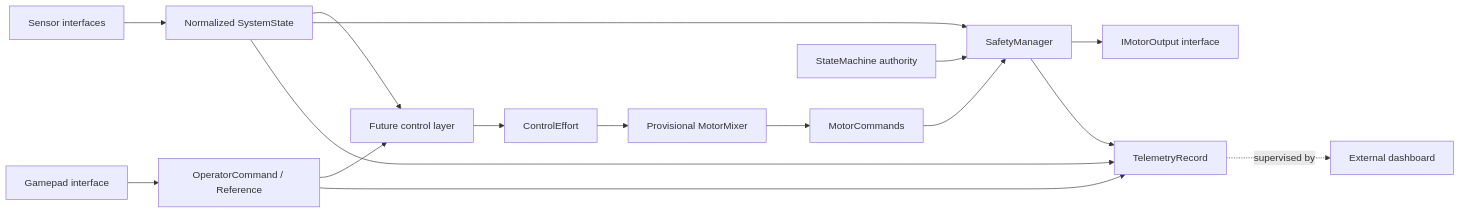
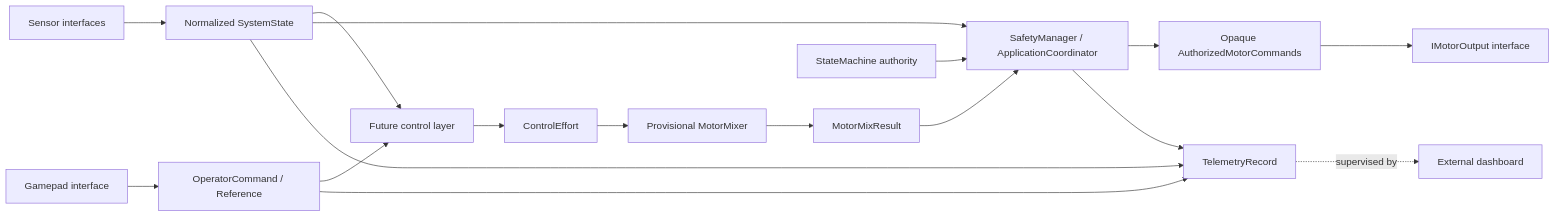
The diagram in docs/architecture/firmware-architecture.md (Leo-Rizo/rail-drone-control), drawn with Mermaid before and after one commit. The commit also changed other lines of this file and 16 other files, not shown here.

````diff
--- a/docs/architecture/firmware-architecture.md
+++ b/docs/architecture/firmware-architecture.md
@@ -26,18 +27,19 @@
 ```mermaid
 flowchart LR
   Sensors[Sensor interfaces] --> State[Normalized SystemState]
   Gamepad[Gamepad interface] --> Reference[OperatorCommand / Reference]
   State --> Control[Future control layer]
   Reference --> Control
   Control --> Effort[ControlEffort]
   Effort --> Mixer[Provisional MotorMixer]
-  Mixer --> Requested[MotorCommands]
-  Requested --> Safety[SafetyManager]
+  Mixer --> Requested[MotorMixResult]
+  Requested --> Safety[SafetyManager / ApplicationCoordinator]
   State --> Safety
   Mode[StateMachine authority] --> Safety
-  Safety --> Actuator[IMotorOutput interface]
+  Safety --> Authorized[Opaque AuthorizedMotorCommands]
+  Authorized --> Actuator[IMotorOutput interface]
   State --> Telemetry[TelemetryRecord]
   Reference --> Telemetry
   Safety --> Telemetry
   Telemetry -. supervised by .-> Dashboard[External dashboard]
 ```
````
